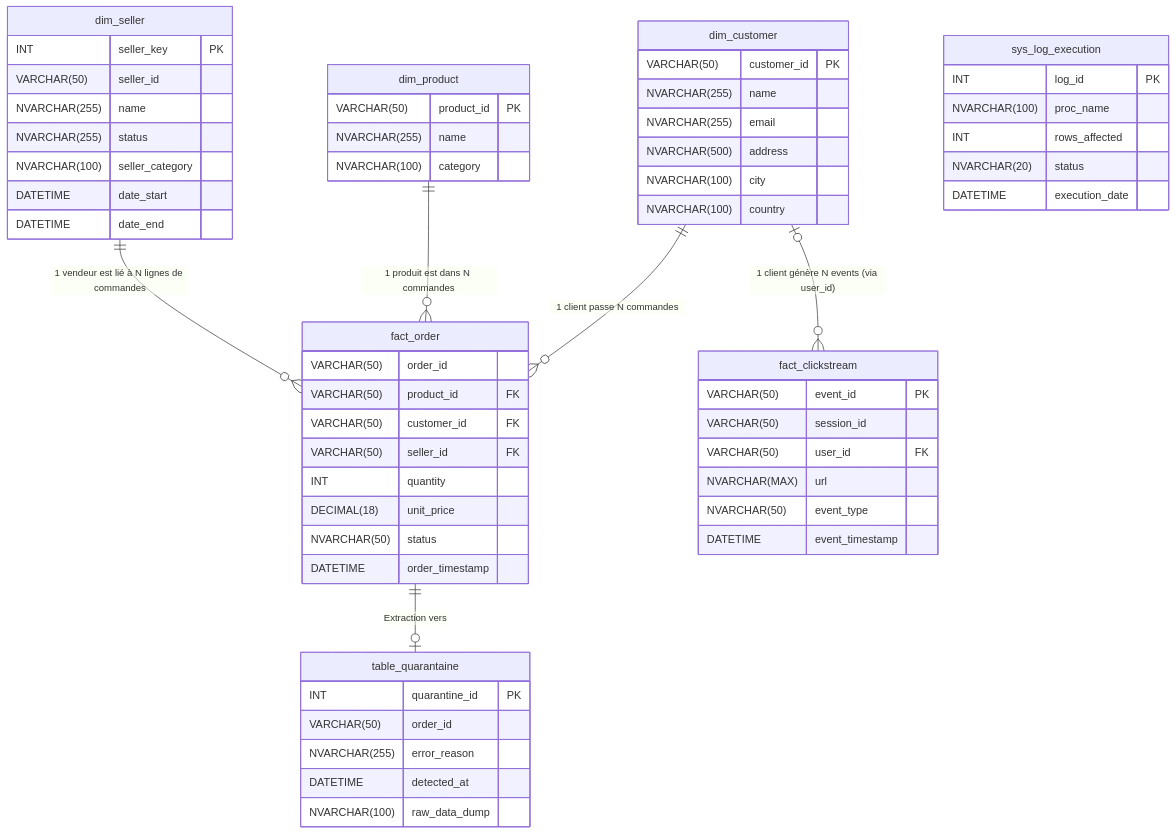
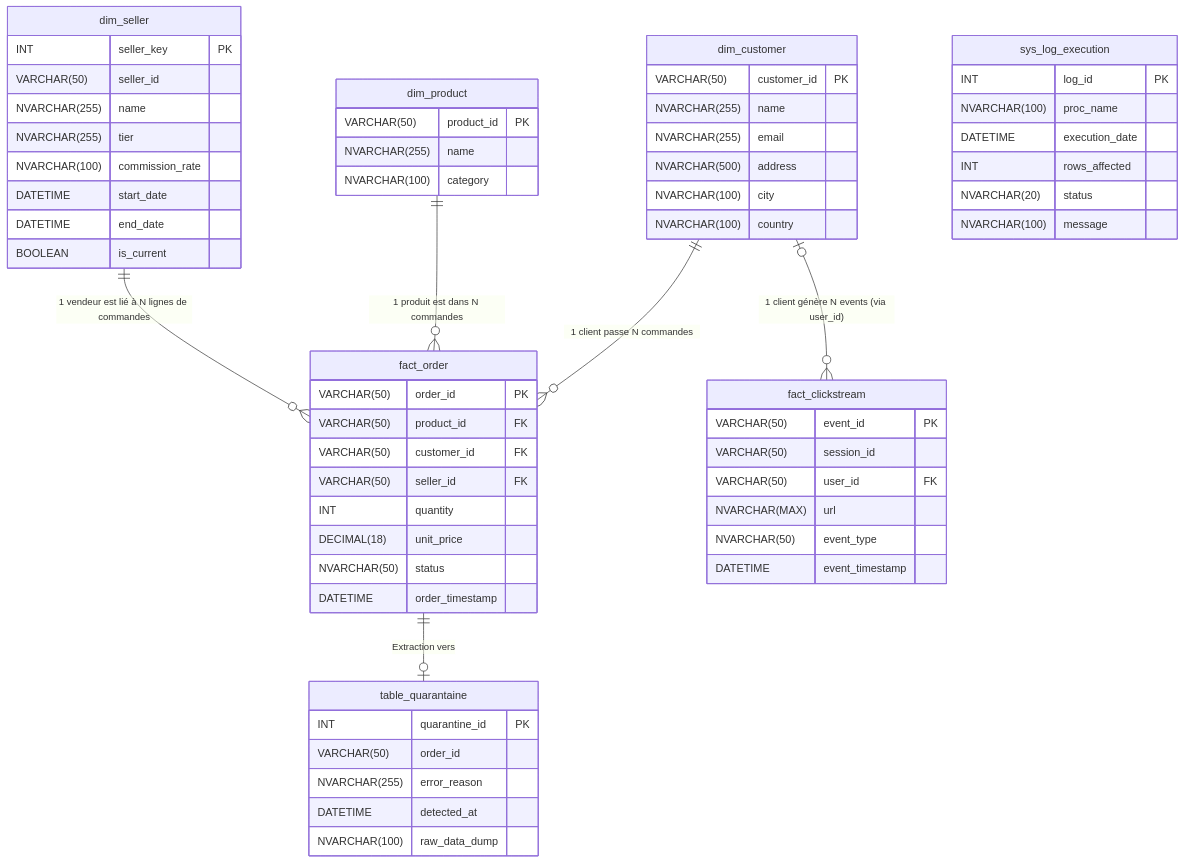
Before and after one commit to bn-pam/dwh_terraform: the third of 12 diagrams in _certification/redac_etude_de_cas.md, drawn with Mermaid.

Commit message:
etude de cas : corrections schéma

````diff
--- a/_certification/redac_etude_de_cas.md
+++ b/_certification/redac_etude_de_cas.md
@@ -112,79 +112,81 @@
 ```mermaid
 erDiagram
     %% Relations
     dim_customer ||--o{ fact_order : "1 client passe N commandes"
     dim_product ||--o{ fact_order : "1 produit est dans N commandes"
     dim_customer |o--o{ fact_clickstream : "1 client génère N events (via user_id)"
     dim_seller ||--o{ fact_order : "1 vendeur est lié à N lignes de commandes"
 
     %% Relation de Maintenance
     fact_order ||--o| table_quarantaine : "Extraction vers"
 
     %% Table: dim_customer
     dim_customer {
         VARCHAR(50) customer_id PK
         NVARCHAR(255) name
         NVARCHAR(255) email
         NVARCHAR(500) address
         NVARCHAR(100) city
         NVARCHAR(100) country
     }
 
     %% Table: dim_product
     dim_product {
         VARCHAR(50) product_id PK
         NVARCHAR(255) name
         NVARCHAR(100) category
     }
 
     %% Table: fact_order
     fact_order {
-        VARCHAR(50) order_id
+        VARCHAR(50) order_id PK
         VARCHAR(50) product_id FK
         VARCHAR(50) customer_id FK
         VARCHAR(50) seller_id FK
         INT quantity
         DECIMAL(18) unit_price
         NVARCHAR(50) status
         DATETIME order_timestamp
     }
 
     %% Table: fact_clickstream
     fact_clickstream {
         VARCHAR(50) event_id PK
         VARCHAR(50) session_id
         VARCHAR(50) user_id FK
         NVARCHAR(MAX) url
         NVARCHAR(50) event_type
         DATETIME event_timestamp
     }
     
      %% Table: dim_seller, 1 ligne par version du vendeur (SCD type 2)
     dim_seller {
         INT seller_key PK
         VARCHAR(50) seller_id
         NVARCHAR(255) name
-        NVARCHAR(255) status
-        NVARCHAR(100) seller_category
-        DATETIME date_start
-        DATETIME date_end
+        NVARCHAR(255) tier
+        NVARCHAR(100) commission_rate
+        DATETIME start_date
+        DATETIME end_date
+        BOOLEAN is_current
     }
     
     %% La table de mise en quarantaine des données non conformes
     table_quarantaine {
         INT quarantine_id PK
         VARCHAR(50) order_id
         NVARCHAR(255) error_reason
         DATETIME detected_at
         NVARCHAR(100) raw_data_dump
     }
     
     %% Table pour le logging des exécutions de procédures stockées
     sys_log_execution {
         INT log_id PK
         NVARCHAR(100) proc_name
+        DATETIME execution_date
         INT rows_affected
         NVARCHAR(20) status
-        DATETIME execution_date
+        NVARCHAR(100) message
     }
 ```
````
